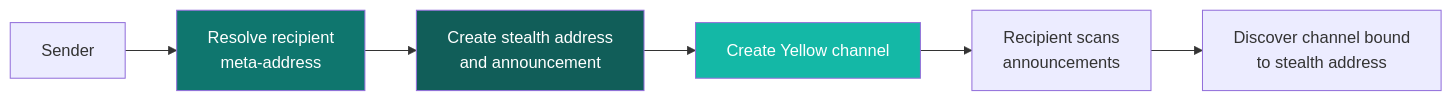
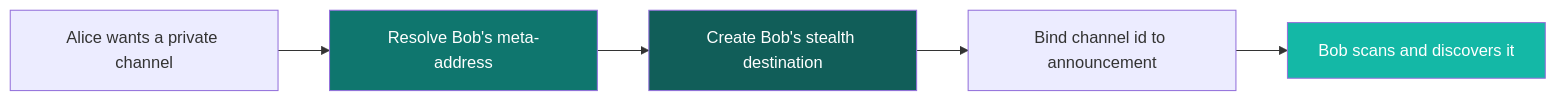
Before and after one commit to specter-privacy/docs: the diagram in guides/use-cases-and-yellow-integration.mdx, drawn with Mermaid. The commit also changed other lines of this file and 26 other files, not shown here.

````diff
--- a/guides/use-cases-and-yellow-integration.mdx
+++ b/guides/use-cases-and-yellow-integration.mdx
@@ -22,12 +37,11 @@
 ```mermaid
 flowchart LR
-    A["Sender"] --> B["Resolve recipient\nmeta-address"]
-    B --> C["Create stealth address\nand announcement"]
-    C --> D["Create Yellow channel"]
-    D --> E["Recipient scans\nannouncements"]
-    E --> F["Discover channel bound\nto stealth address"]
+    A["Alice wants a private channel"] --> B["Resolve Bob's meta-address"]
+    B --> C["Create Bob's stealth destination"]
+    C --> D["Bind channel id to announcement"]
+    D --> E["Bob scans and discovers it"]
 
     style B fill:#0f766e,color:#fff
     style C fill:#115e59,color:#fff
-    style D fill:#14b8a6,color:#fff
+    style E fill:#14b8a6,color:#fff
 ```
````
